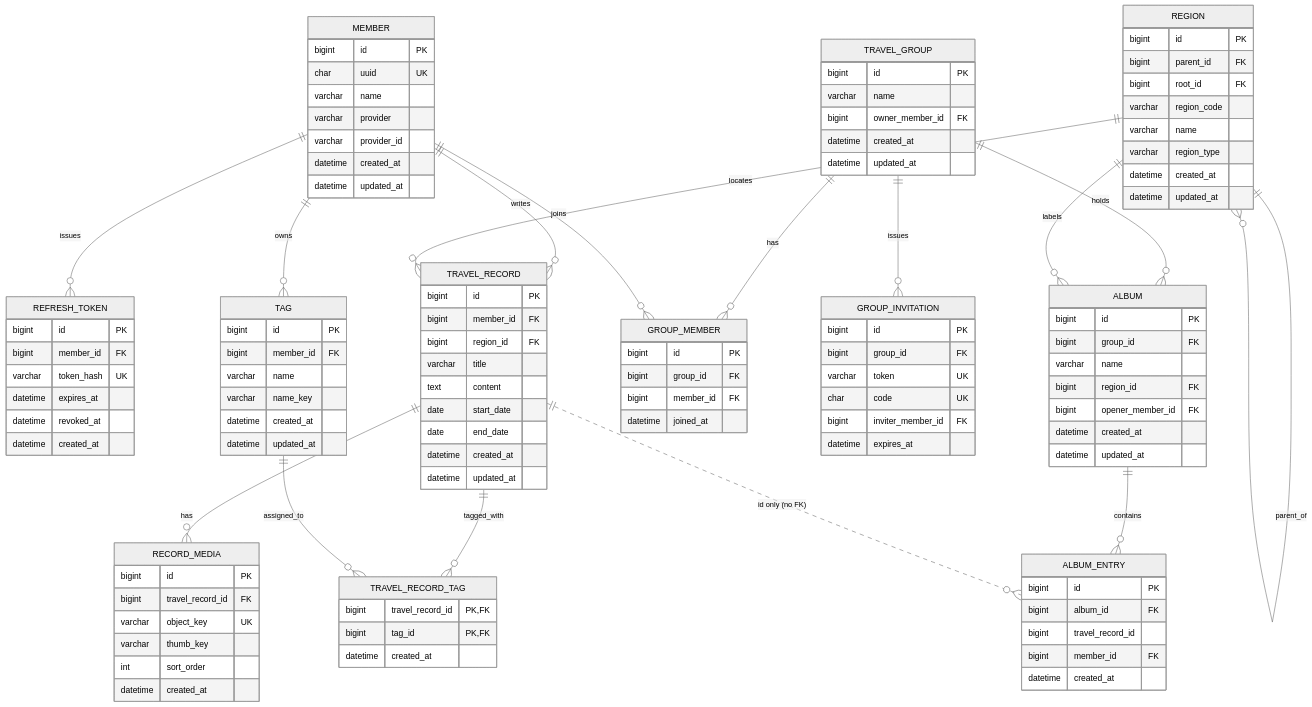
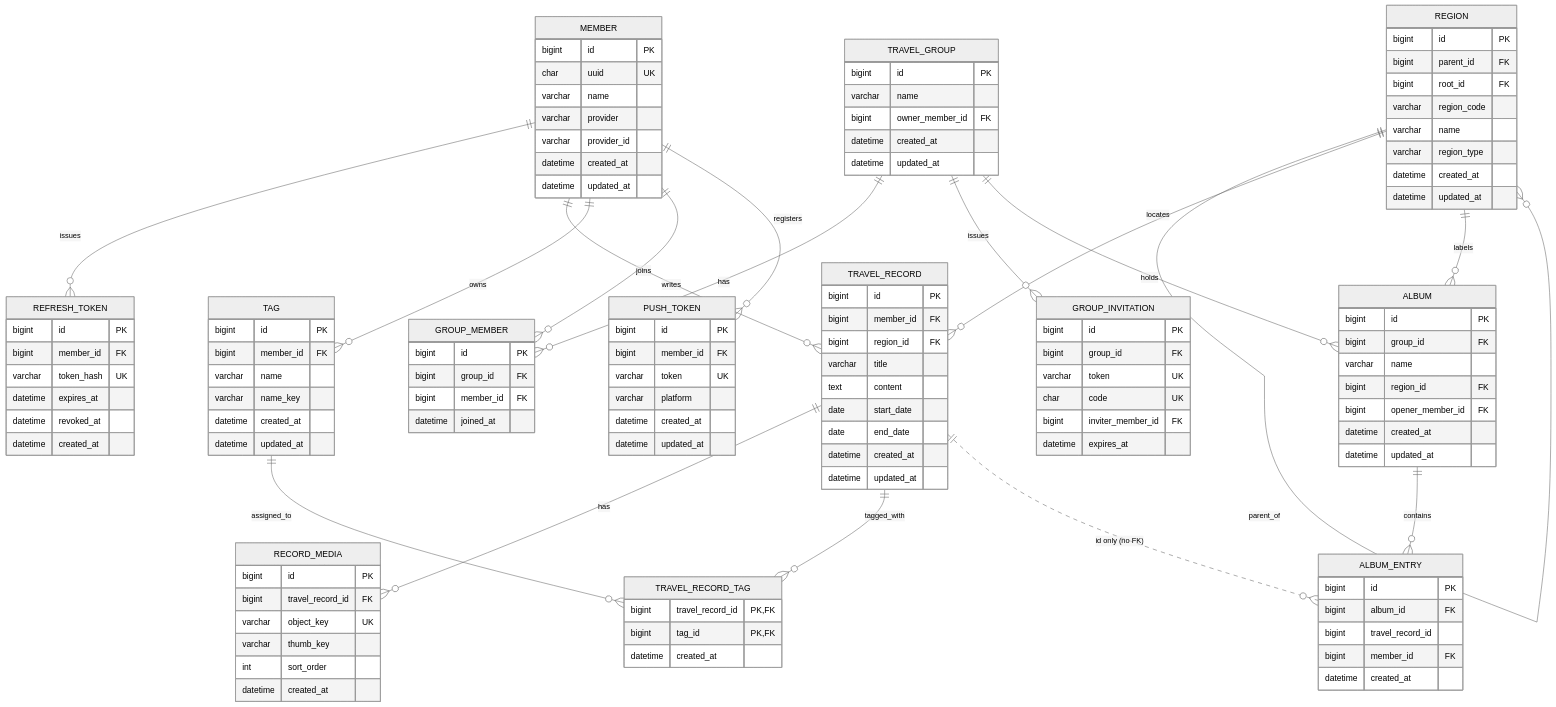
One commit to woowacourse-teams/2026-Mapmory changed the diagram in backend/docs/erd.md. Above: the diagram before and after it, drawn with Mermaid (neutral theme). The commit also changed other lines of this file and 2 other files, not shown here.

````diff
--- a/backend/docs/erd.md
+++ b/backend/docs/erd.md
@@ -26,6 +26,7 @@
     REGION ||--o{ ALBUM : labels
     ALBUM ||--o{ ALBUM_ENTRY : contains
     TRAVEL_RECORD ||..o{ ALBUM_ENTRY : "id only (no FK)"
+    MEMBER ||--o{ PUSH_TOKEN : registers
 
     MEMBER {
         bigint id PK
@@ -134,4 +135,13 @@
         bigint member_id FK
         datetime created_at
     }
+
+    PUSH_TOKEN {
+        bigint id PK
+        bigint member_id FK
+        varchar token UK
+        varchar platform
+        datetime created_at
+        datetime updated_at
+    }
 ```
````
